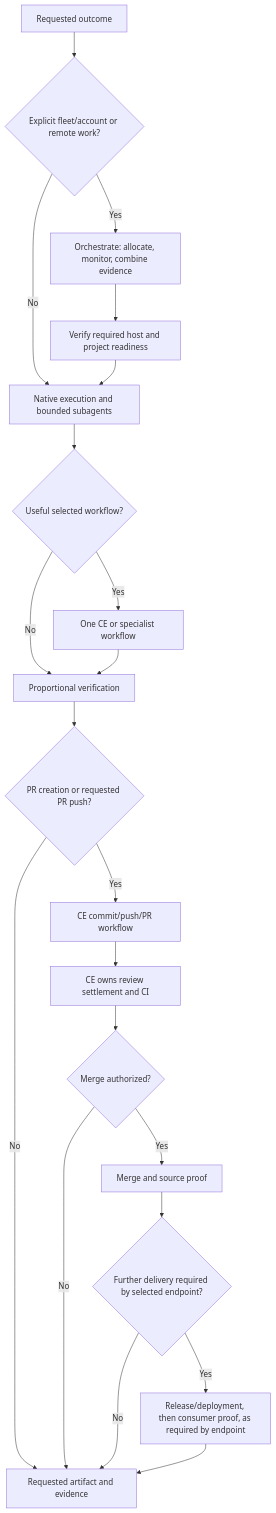
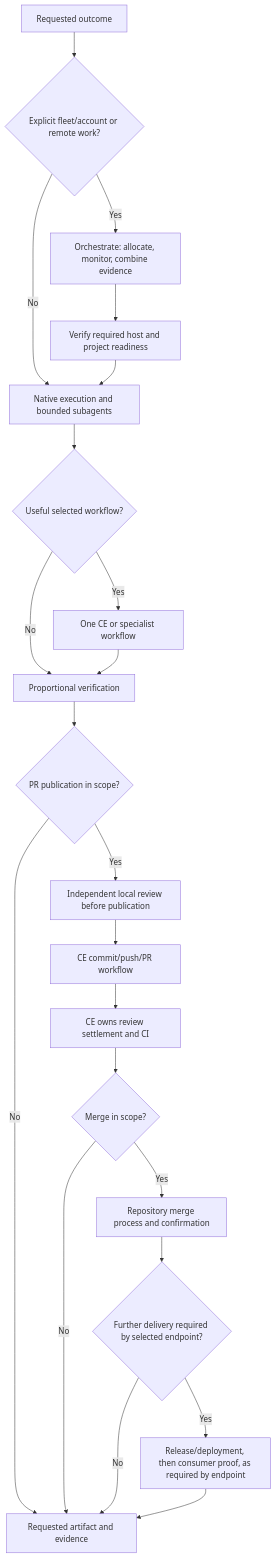
Before and after one commit to novotnyllc/railyard: the diagram in docs/delivery-workflows.md, drawn with Mermaid. The commit also changed other lines of this file and 123 other files, not shown here.

````diff
--- a/docs/delivery-workflows.md
+++ b/docs/delivery-workflows.md
@@ -29,23 +33,24 @@
 ```mermaid
 flowchart TD
     request["Requested outcome"] --> placement{"Explicit fleet/account or remote work?"}
     placement -- No --> local["Native execution and bounded subagents"]
     placement -- Yes --> orchestration["Orchestrate: allocate, monitor, combine evidence"]
     orchestration --> readiness["Verify required host and project readiness"]
     readiness --> local
     local --> workflow{"Useful selected workflow?"}
     workflow -- Yes --> ce["One CE or specialist workflow"]
     workflow -- No --> check["Proportional verification"]
     ce --> check
-    check --> publish{"PR creation or requested PR push?"}
-    publish -- Yes --> pr["CE commit/push/PR workflow"]
+    check --> publish{"PR publication in scope?"}
+    publish -- Yes --> review["Independent local review before publication"]
+    review --> pr["CE commit/push/PR workflow"]
     publish -- No --> result["Requested artifact and evidence"]
     pr --> settlement["CE owns review settlement and CI"]
-    settlement --> terminal{"Merge authorized?"}
+    settlement --> terminal{"Merge in scope?"}
     terminal -- No --> result
-    terminal -- Yes --> merged["Merge and source proof"]
+    terminal -- Yes --> merged["Repository merge process and confirmation"]
     merged --> tail{"Further delivery required by selected endpoint?"}
     tail -- No --> result
     tail -- Yes --> proof["Release/deployment, then consumer proof, as required by endpoint"]
     proof --> result
 ```
````
